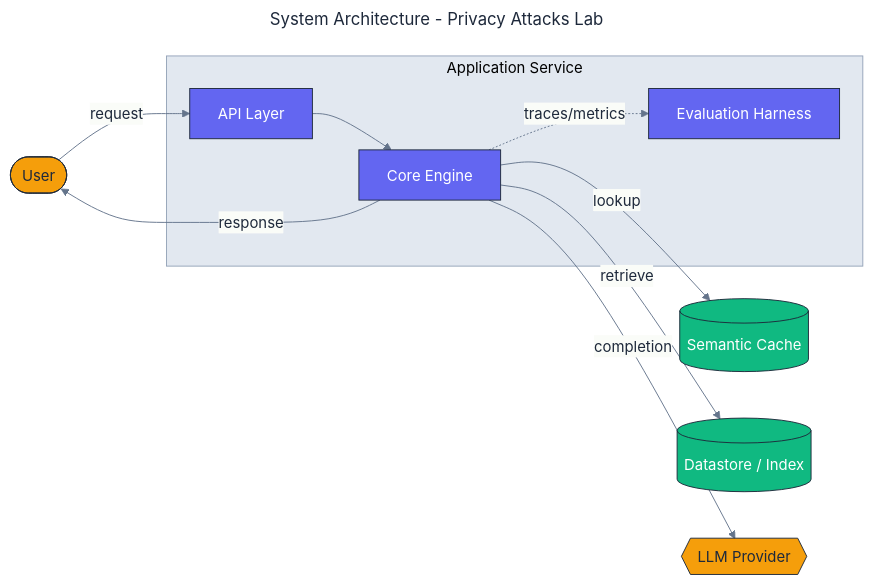
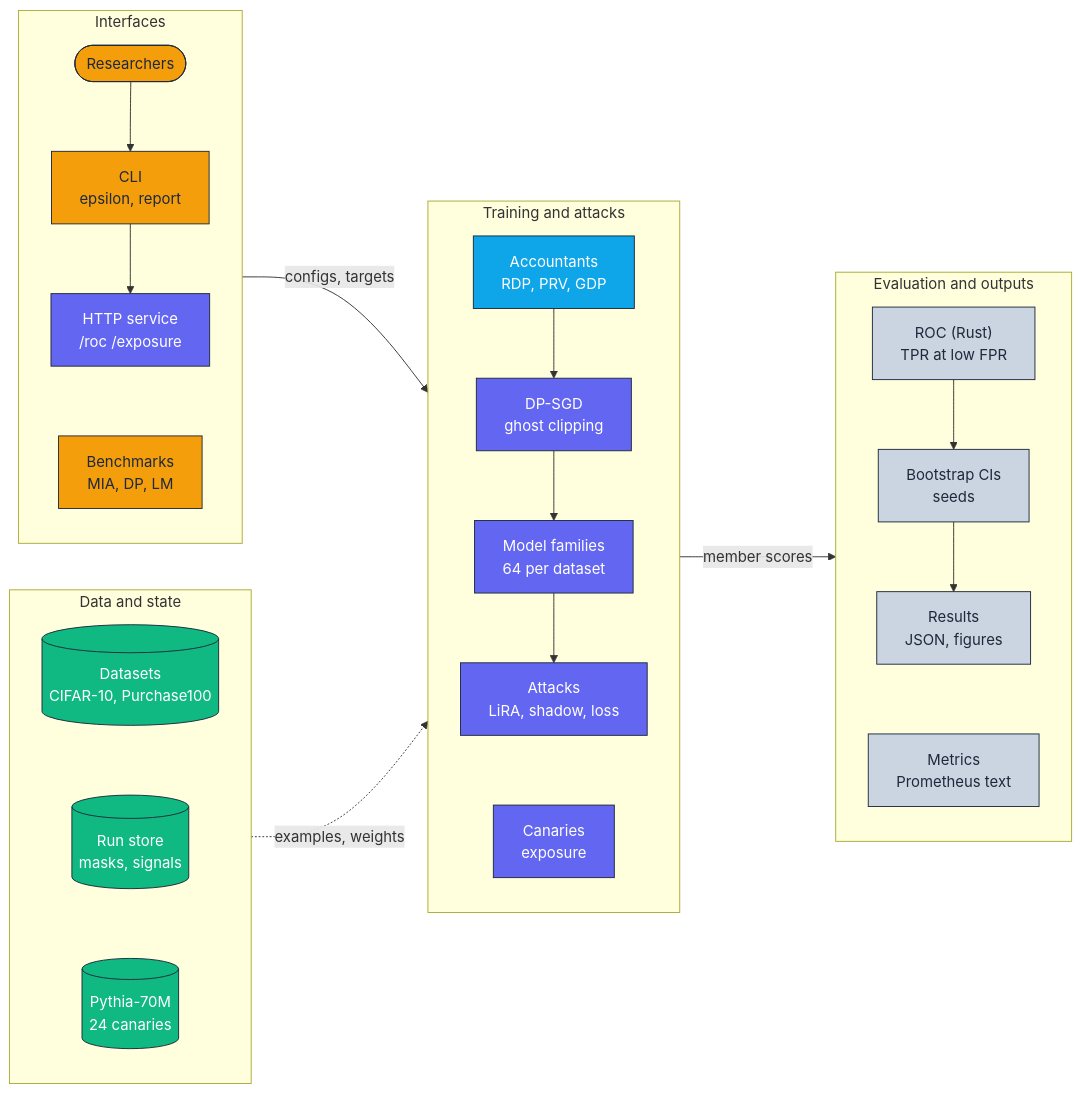
One commit to adeoluo/privacy-attacks-lab changed the diagram in docs/architecture/architecture.mmd. Above: the diagram before and after it, drawn with Mermaid. The commit also changed 6 other files, not shown here.

Commit message:
docs: add ADRs and the architecture diagram (#5)

```diff
--- a/docs/architecture/architecture.mmd
+++ b/docs/architecture/architecture.mmd
@@ -1,38 +1,46 @@
----
-title: System Architecture - Privacy Attacks Lab
-config:
-  theme: base
-  themeVariables:
-    fontFamily: "Inter, system-ui, sans-serif"
-    primaryColor: "#F8FAFC"
-    primaryBorderColor: "#1E293B"
-    primaryTextColor: "#1E293B"
-    lineColor: "#64748B"
-    clusterBkg: "#E2E8F0"
-    clusterBorder: "#94A3B8"
----
 flowchart LR
+    classDef edge     fill:#F59E0B,stroke:#1E293B,color:#1E293B,stroke-width:1px;
     classDef core     fill:#6366F1,stroke:#1E293B,color:#ffffff,stroke-width:1px;
     classDef data     fill:#10B981,stroke:#1E293B,color:#ffffff,stroke-width:1px;
-    classDef external fill:#F59E0B,stroke:#1E293B,color:#1E293B,stroke-width:1px;
-    classDef danger   fill:#EF4444,stroke:#1E293B,color:#ffffff,stroke-width:1px;
+    classDef control  fill:#0EA5E9,stroke:#1E293B,color:#ffffff,stroke-width:1px;
+    classDef obs      fill:#CBD5E1,stroke:#1E293B,color:#1E293B,stroke-width:1px;
 
-    User([User]):::external
-
-    subgraph Application["Application Service"]
-        API[API Layer]:::core
-        Core[Core Engine]:::core
-        Evaluation[Evaluation Harness]:::core
+    subgraph Interfaces["Interfaces"]
+        direction TB
+        Users([Researchers]):::edge
+        CLI["CLI<br/>epsilon, report"]:::edge
+        Bench["Benchmarks<br/>MIA, DP, LM"]:::edge
+        HTTP["HTTP service<br/>/roc /exposure"]:::core
+        Users --> CLI --> HTTP ~~~ Bench
     end
 
-    Cache[(Semantic Cache)]:::data
-    Store[(Datastore / Index)]:::data
-    LLM{{LLM Provider}}:::external
+    subgraph State["Data and state"]
+        direction TB
+        Datasets[("Datasets<br/>CIFAR-10, Purchase100")]:::data
+        Runs[("Run store<br/>masks, signals")]:::data
+        LMW[("Pythia-70M<br/>24 canaries")]:::data
+        Datasets ~~~ Runs ~~~ LMW
+    end
 
-    User -->|request| API
-    API --> Core
-    Core -->|lookup| Cache
-    Core -->|retrieve| Store
-    Core -->|completion| LLM
-    Core -.->|traces/metrics| Evaluation
-    Core -->|response| User
+    subgraph Core["Training and attacks"]
+        direction TB
+        Acct["Accountants<br/>RDP, PRV, GDP"]:::control
+        DPSGD["DP-SGD<br/>ghost clipping"]:::core
+        Shadow["Model families<br/>64 per dataset"]:::core
+        Attacks["Attacks<br/>LiRA, shadow, loss"]:::core
+        Canary["Canaries<br/>exposure"]:::core
+        Acct --> DPSGD --> Shadow --> Attacks ~~~ Canary
+    end
+
+    subgraph Obs["Evaluation and outputs"]
+        direction TB
+        ROC["ROC (Rust)<br/>TPR at low FPR"]:::obs
+        Boot["Bootstrap CIs<br/>seeds"]:::obs
+        Results["Results<br/>JSON, figures"]:::obs
+        Metrics["Metrics<br/>Prometheus text"]:::obs
+        ROC --> Boot --> Results ~~~ Metrics
+    end
+
+    Interfaces -->|configs, targets| Core
+    State -.->|examples, weights| Core
+    Core -->|member scores| Obs
```
